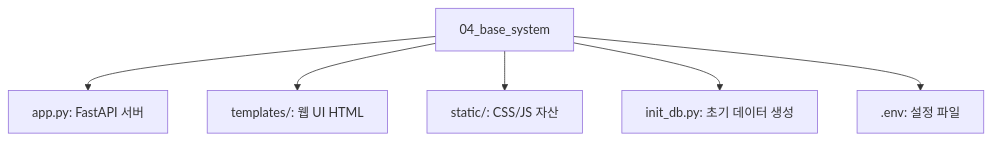
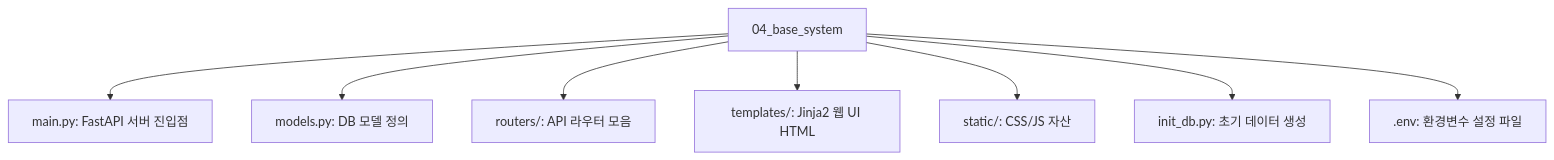
One commit to kjh5848/ai-llm-rag changed the diagram in 00_manuscript/04장_베이스시스템/02.본문.md. Above: the diagram before and after it, drawn with Mermaid. The commit also changed other lines of this file and 125 other files, not shown here.

````diff
--- a/00_manuscript/04장_베이스시스템/02.본문.md
+++ b/00_manuscript/04장_베이스시스템/02.본문.md
@@ -19,8 +17,10 @@
 ```mermaid
 graph TD
-    Project[04_base_system] --> App[app.py: FastAPI 서버]
-    Project --> Templates[templates/: 웹 UI HTML]
+    Project[04_base_system] --> App[main.py: FastAPI 서버 진입점]
+    Project --> Models[models.py: DB 모델 정의]
+    Project --> Routers[routers/: API 라우터 모음]
+    Project --> Templates[templates/: Jinja2 웹 UI HTML]
     Project --> Static[static/: CSS/JS 자산]
     Project --> DB_Script[init_db.py: 초기 데이터 생성]
-    Project --> Env[.env: 설정 파일]
+    Project --> Env[.env: 환경변수 설정 파일]
 ```
````
